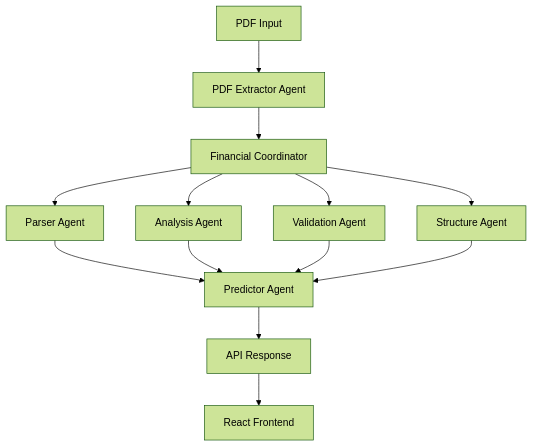
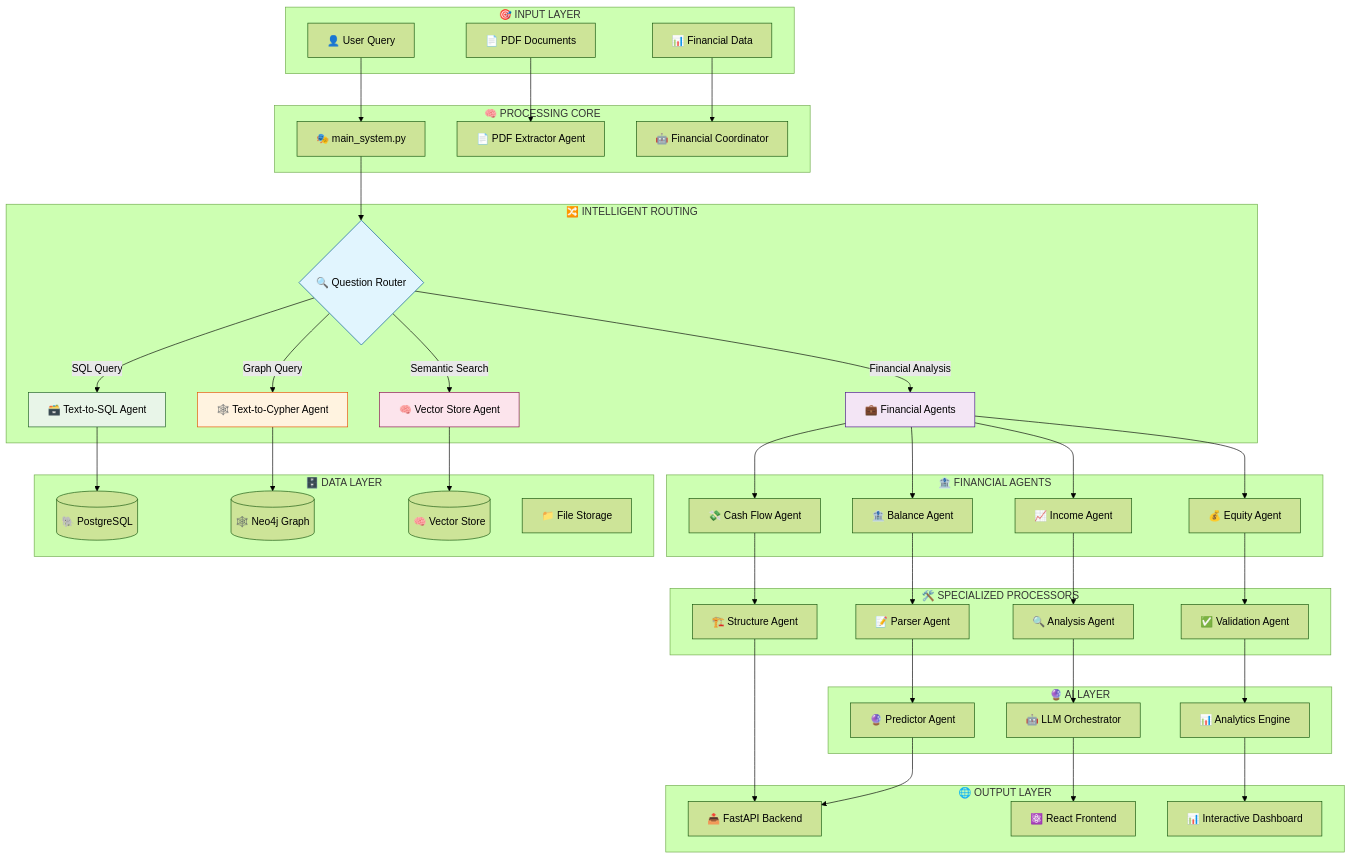
Before and after one commit to rociosolis12/agent_LLM: the diagram in README.md, drawn with Mermaid (forest theme). The commit also changed other lines of this file, not shown here.

````diff
--- a/README.md
+++ b/README.md
@@ -75,15 +40,83 @@
 ```mermaid
 graph TB
-    A[PDF Input] --> B[PDF Extractor Agent]
-    B --> C[Financial Coordinator]
-    C --> D[Parser Agent]
-    C --> E[Analysis Agent]
-    C --> F[Validation Agent]
-    C --> G[Structure Agent]
-    D --> H[Predictor Agent]
-    E --> H
-    F --> H
-    G --> H
-    H --> I[API Response]
-    I --> J[React Frontend]
+    subgraph "🎯 INPUT LAYER"
+        A[👤 User Query]
+        B[📄 PDF Documents]
+        C[📊 Financial Data]
+    end
+    
+    subgraph "🧠 PROCESSING CORE"
+        D[🎭 main_system.py]
+        E[📄 PDF Extractor Agent]
+        F[🤖 Financial Coordinator]
+    end
+    
+    subgraph "🔀 INTELLIGENT ROUTING"
+        G{🔍 Question Router}
+        G -->|Financial Analysis| H[💼 Financial Agents]
+        G -->|SQL Query| I[🗃️ Text-to-SQL Agent]
+        G -->|Graph Query| J[🕸️ Text-to-Cypher Agent]
+        G -->|Semantic Search| K[🧠 Vector Store Agent]
+    end
+    
+    subgraph "🏦 FINANCIAL AGENTS"
+        H --> L[🏦 Balance Agent]
+        H --> M[📈 Income Agent]
+        H --> N[💰 Equity Agent]
+        H --> O[💸 Cash Flow Agent]
+    end
+    
+    subgraph "🛠️ SPECIALIZED PROCESSORS"
+        P[📝 Parser Agent]
+        Q[🔍 Analysis Agent]
+        R[✅ Validation Agent]
+        S[🏗️ Structure Agent]
+    end
+    
+    subgraph "🗄️ DATA LAYER"
+        T[(🐘 PostgreSQL)]
+        U[(🕸️ Neo4j Graph)]
+        V[(🧠 Vector Store)]
+        W[📁 File Storage]
+    end
+    
+    subgraph "🔮 AI LAYER"
+        X[🔮 Predictor Agent]
+        Y[🤖 LLM Orchestrator]
+        Z[📊 Analytics Engine]
+    end
+    
+    subgraph "🌐 OUTPUT LAYER"
+        AA[📤 FastAPI Backend]
+        BB[⚛️ React Frontend]
+        CC[📊 Interactive Dashboard]
+    end
+    
+    A --> D
+    B --> E
+    C --> F
+    D --> G
+    
+    L --> P
+    M --> Q
+    N --> R
+    O --> S
+    I --> T
+    J --> U
+    K --> V
+    
+    P --> X
+    Q --> Y
+    R --> Z
+    S --> AA
+    
+    X --> AA
+    Y --> BB
+    Z --> CC
+    
+    style G fill:#e1f5fe,stroke:#01579b
+    style H fill:#f3e5f5,stroke:#4a148c
+    style I fill:#e8f5e8,stroke:#1b5e20
+    style J fill:#fff3e0,stroke:#e65100
+    style K fill:#fce4ec,stroke:#880e4f
 ```
````
